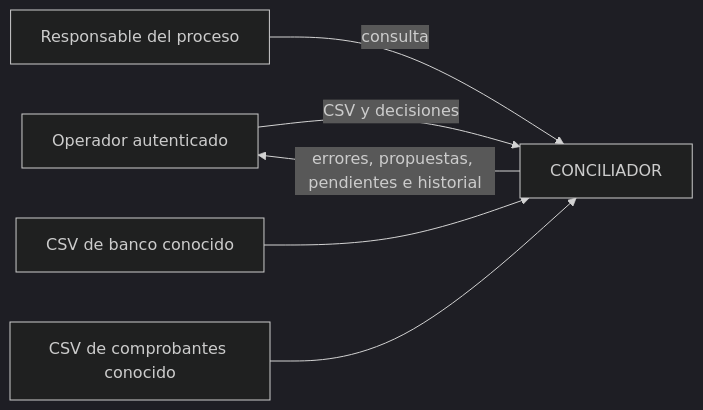
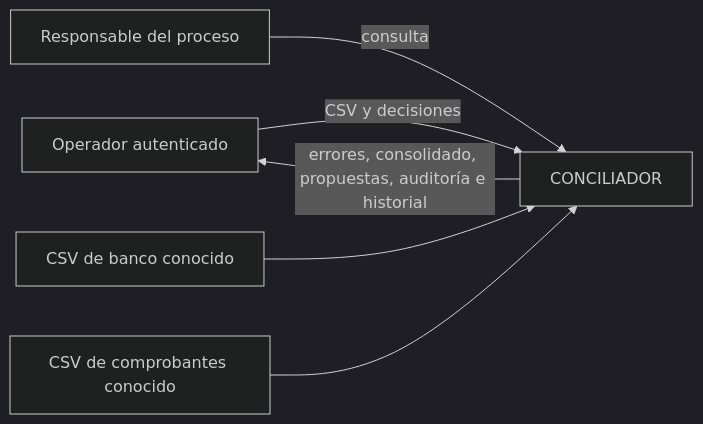
One commit to turkaym/conciliador-financiero changed the first of 8 diagrams in docs/segunda-entrega/06-diagramas.md. Above: the diagram before and after it, drawn with Mermaid (dark theme). The commit also changed other lines of this file and 25 other files, not shown here.

````diff
--- a/docs/segunda-entrega/06-diagramas.md
+++ b/docs/segunda-entrega/06-diagramas.md
@@ -7,8 +7,8 @@
 ```mermaid
 flowchart LR
  O[Operador autenticado] -->|CSV y decisiones| C[CONCILIADOR]
- C -->|errores, propuestas, pendientes e historial| O
+ C -->|errores, consolidado, propuestas, auditoría e historial| O
  R[Responsable del proceso] -->|consulta| C
  B[CSV de banco conocido] --> C
  K[CSV de comprobantes conocido] --> C
 ```
````
